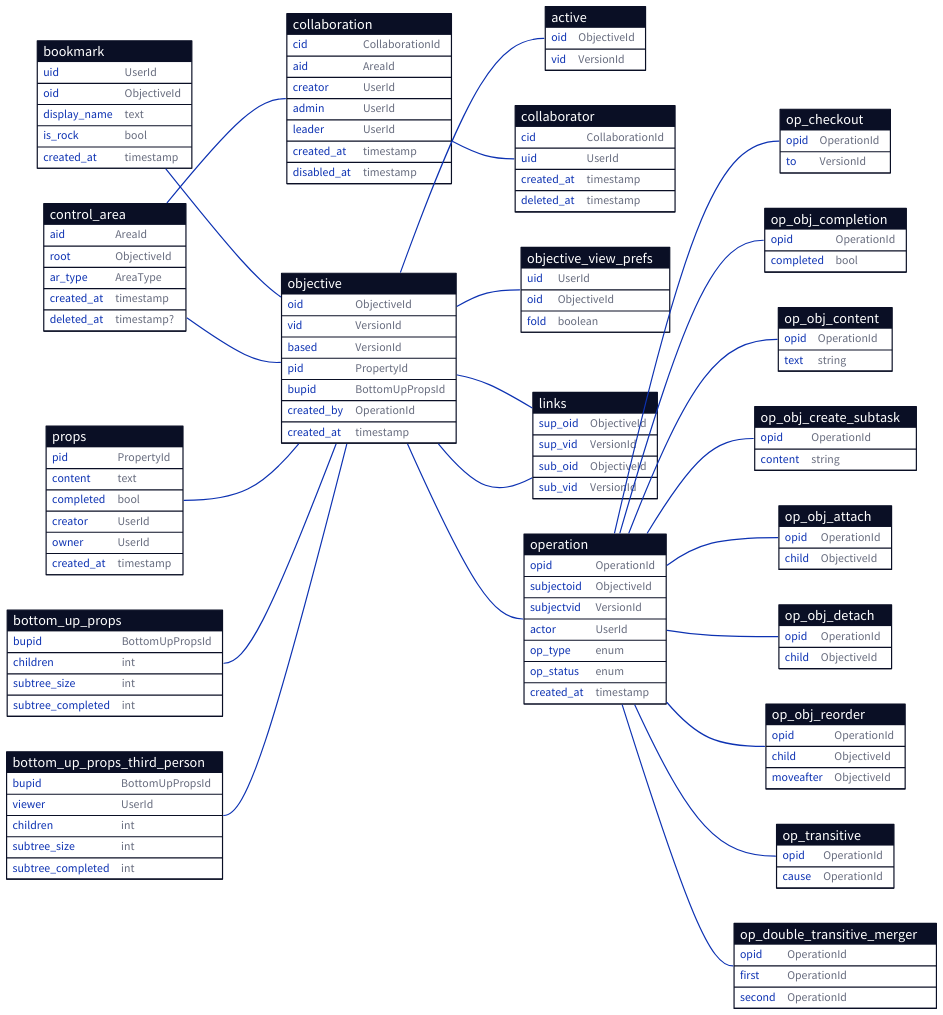
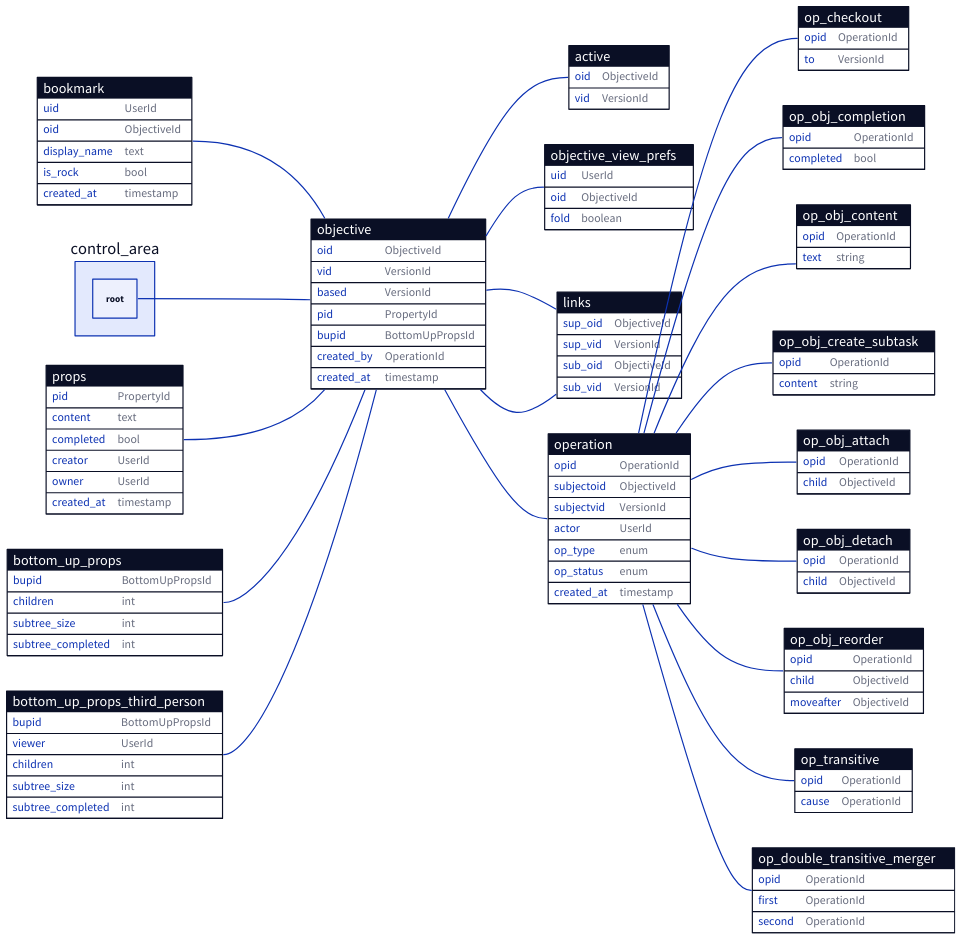
The diagram in docs/database/objectives.d2 (ufukty/logbook), drawn with D2 before and after one commit. The commit also changed 5 other files, not shown here.

```diff
--- a/docs/database/objectives.d2
+++ b/docs/database/objectives.d2
@@ -1,3 +1,5 @@
+direction: right
+
 active: {
   shape: sql_table
 
@@ -14,42 +16,7 @@
   is_rock: bool # rocks are hidden in the UI
   created_at: timestamp
 }
-
-control_area: {
-  shape: sql_table
-
-  aid: AreaId
-  root: ObjectiveId
-  ar_type: AreaType
-
-  created_at: timestamp
-  deleted_at: timestamp?
-}
-
-collaboration: {
-  shape: sql_table
-
-  cid: CollaborationId
-  aid: AreaId
-  
-  creator: UserId
-  admin: UserId
-  leader: UserId
-
-  created_at: timestamp
-  disabled_at: timestamp
-}
-
-collaborator: {
-  shape: sql_table
-
-  cid: CollaborationId
-  uid: UserId
-
-  created_at: timestamp
-  deleted_at: timestamp
-}
-
+    
 objective: {
   shape: sql_table
 
@@ -197,16 +164,12 @@
   second: OperationId
 }
 
-direction: right
-
 objective.oid -- active.oid
 
 # a bookmark points to a root node of a work tree
 bookmark.oid -- objective.oid
 
 control_area.root -- objective.oid
-control_area.aid -- collaboration.aid
-collaboration.cid -- collaborator.cid
 
 objective.oid -- objective_view_prefs.oid
 
```
